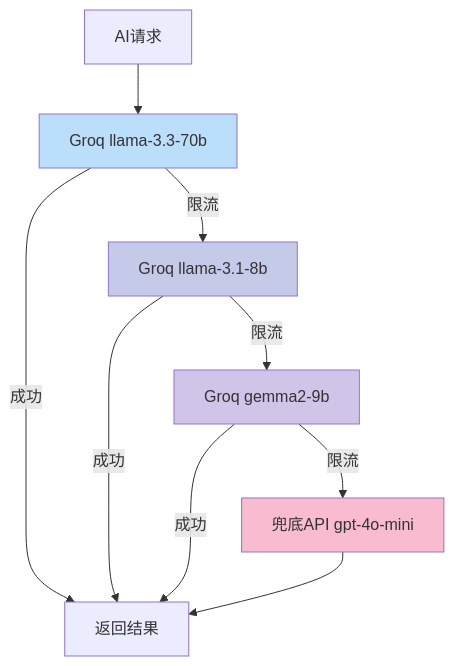
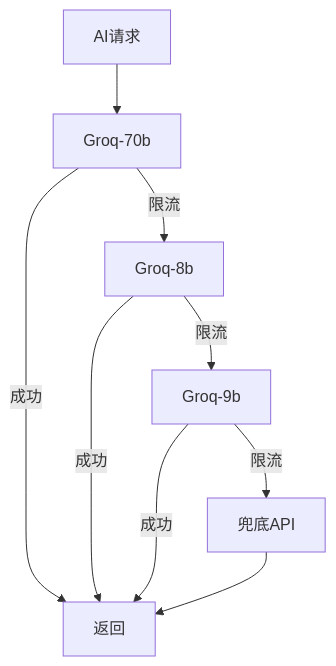
One commit to Trade-Offf/QuizPort changed the fifth of 6 diagrams in README.md. Above: the diagram before and after it, drawn with Mermaid. The commit also changed other lines of this file, not shown here.

````diff
--- a/README.md
+++ b/README.md
@@ -273,16 +256,11 @@
 ```mermaid
-graph TD
-    A[AI请求] --> B[Groq llama-3.3-70b]
-    B -->|成功| Z[返回结果]
-    B -->|限流| C[Groq llama-3.1-8b]
+flowchart TD
+    A[AI请求] --> B[Groq-70b]
+    B -->|成功| Z[返回]
+    B -->|限流| C[Groq-8b]
     C -->|成功| Z
-    C -->|限流| D[Groq gemma2-9b]
+    C -->|限流| D[Groq-9b]
     D -->|成功| Z
-    D -->|限流| E[兜底API gpt-4o-mini]
+    D -->|限流| E[兜底API]
     E --> Z
-    
-    style B fill:#bbdefb
-    style C fill:#c5cae9
-    style D fill:#d1c4e9
-    style E fill:#f8bbd0
 ```
````
